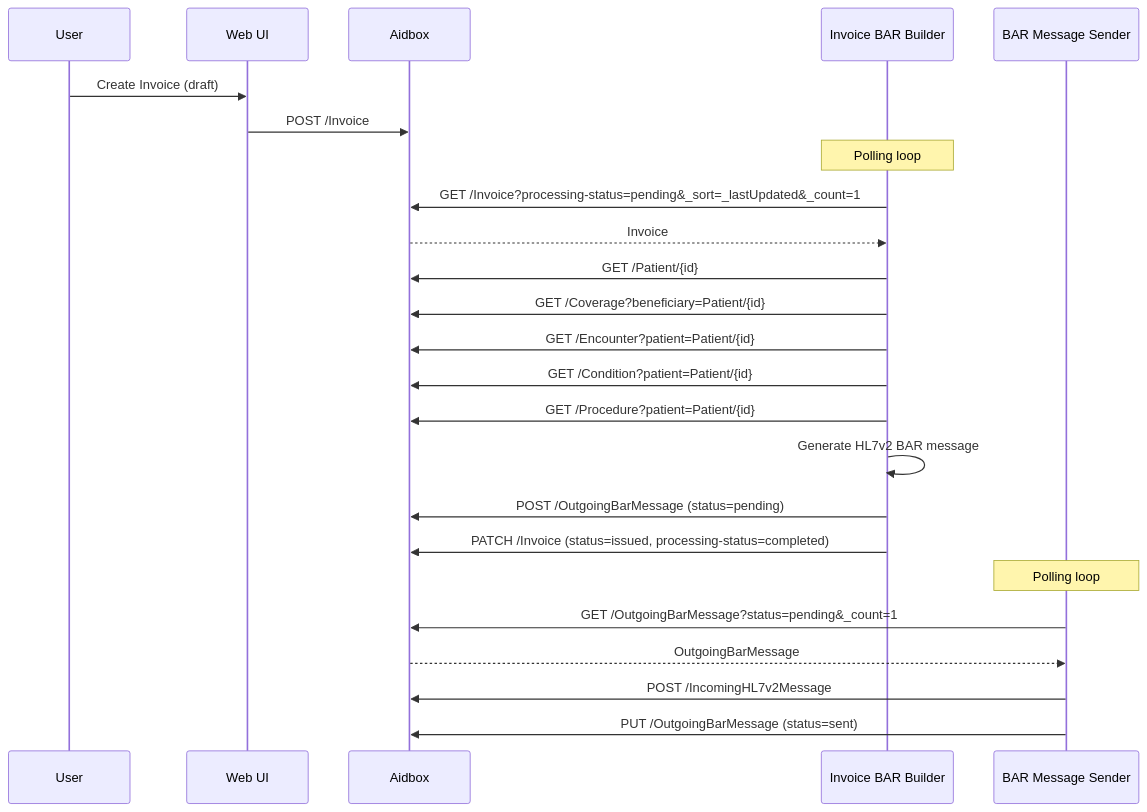
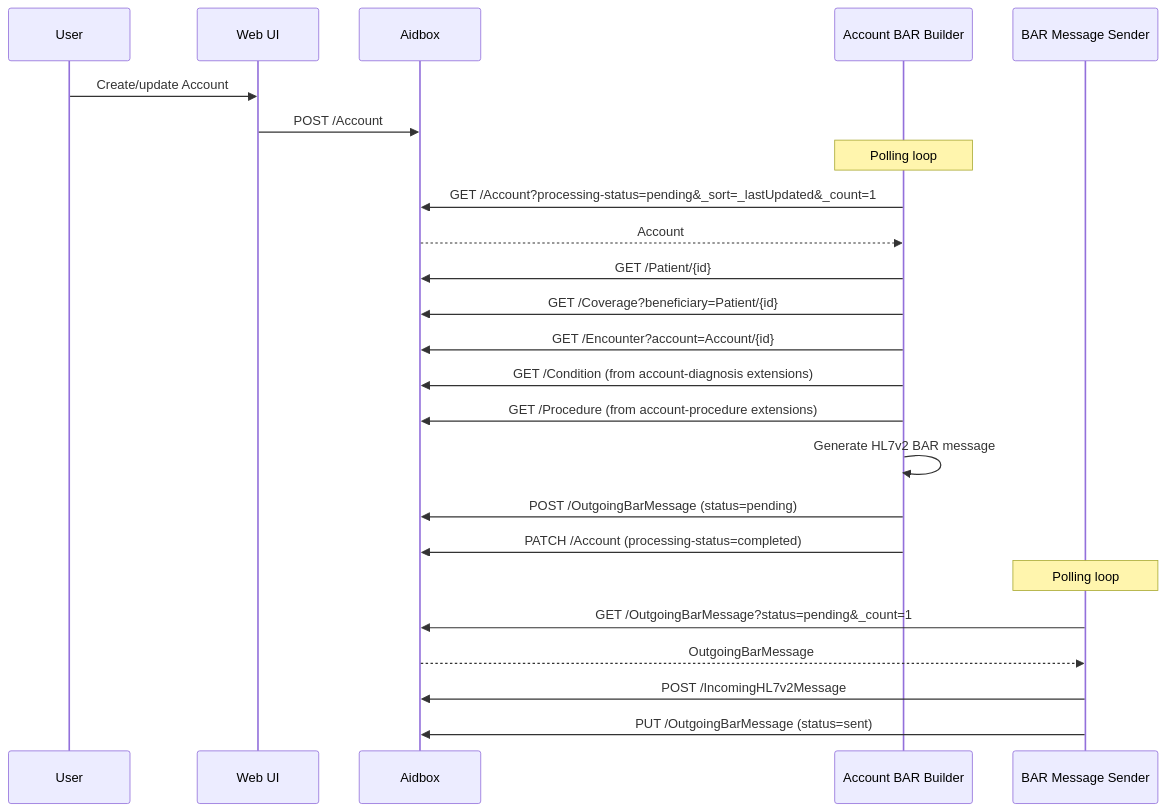
Before and after one commit to Aidbox/aidbox-hl7v2-example: the fourth of 7 diagrams in docs/developer-guide/architecture.md, drawn with Mermaid. The commit also changed other lines of this file and 19 other files, not shown here.

First line of the commit message:
Replace Invoice with Account as BAR generation source

````diff
--- a/docs/developer-guide/architecture.md
+++ b/docs/developer-guide/architecture.md
@@ -155,32 +155,32 @@
 ```mermaid
 sequenceDiagram
     participant User
     participant UI as Web UI
     participant Aidbox
-    participant Builder as Invoice BAR Builder
+    participant Builder as Account BAR Builder
     participant Sender as BAR Message Sender
 
-    User->>UI: Create Invoice (draft)
-    UI->>Aidbox: POST /Invoice
+    User->>UI: Create/update Account
+    UI->>Aidbox: POST /Account
 
     Note over Builder: Polling loop
-    Builder->>Aidbox: GET /Invoice?processing-status=pending&_sort=_lastUpdated&_count=1
-    Aidbox-->>Builder: Invoice
+    Builder->>Aidbox: GET /Account?processing-status=pending&_sort=_lastUpdated&_count=1
+    Aidbox-->>Builder: Account
 
     Builder->>Aidbox: GET /Patient/{id}
     Builder->>Aidbox: GET /Coverage?beneficiary=Patient/{id}
-    Builder->>Aidbox: GET /Encounter?patient=Patient/{id}
-    Builder->>Aidbox: GET /Condition?patient=Patient/{id}
-    Builder->>Aidbox: GET /Procedure?patient=Patient/{id}
+    Builder->>Aidbox: GET /Encounter?account=Account/{id}
+    Builder->>Aidbox: GET /Condition (from account-diagnosis extensions)
+    Builder->>Aidbox: GET /Procedure (from account-procedure extensions)
 
     Builder->>Builder: Generate HL7v2 BAR message
     Builder->>Aidbox: POST /OutgoingBarMessage (status=pending)
-    Builder->>Aidbox: PATCH /Invoice (status=issued, processing-status=completed)
+    Builder->>Aidbox: PATCH /Account (processing-status=completed)
 
     Note over Sender: Polling loop
     Sender->>Aidbox: GET /OutgoingBarMessage?status=pending&_count=1
     Aidbox-->>Sender: OutgoingBarMessage
 
     Sender->>Aidbox: POST /IncomingHL7v2Message
     Sender->>Aidbox: PUT /OutgoingBarMessage (status=sent)
 ```
````
